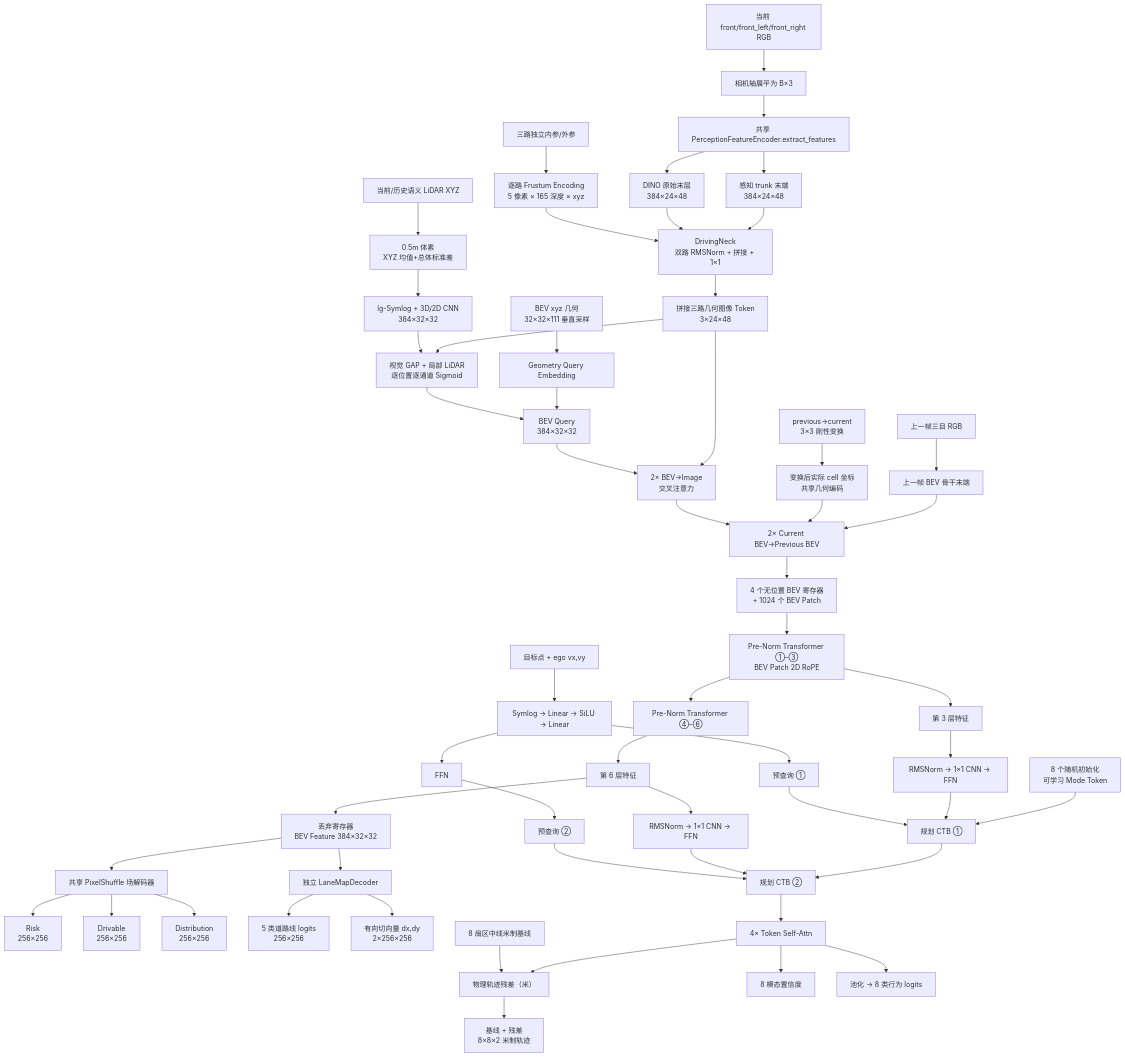
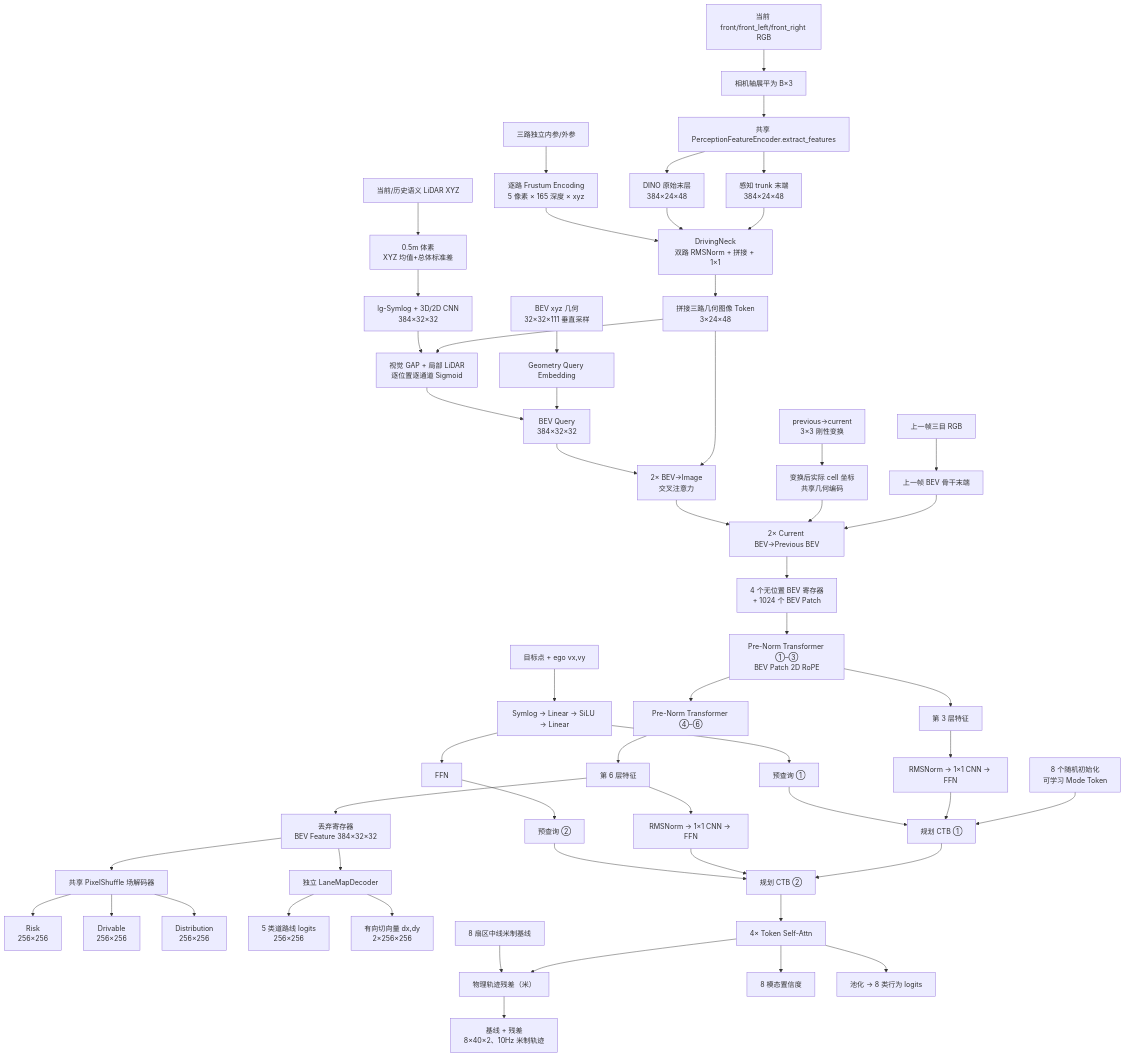
Before and after one commit to ByteDriveTeam/ByteDrive-Toy: the fourth of 9 diagrams in README.md, drawn with Mermaid. The commit also changed other lines of this file and 15 other files, not shown here.

````diff
--- a/README.md
+++ b/README.md
@@ -305,58 +305,58 @@
 ```mermaid
 flowchart TB
     RGB["当前 front/front_left/front_right RGB"] --> FLAT["相机轴展平为 B×3"]
     FLAT --> P["共享 PerceptionFeatureEncoder.extract_features"]
     P --> T["感知 trunk 末端<br/>384×24×48"]
     P --> R["DINO 原始末层<br/>384×24×48"]
 
     T --> NECK["DrivingNeck<br/>双路 RMSNorm + 拼接 + 1×1"]
     R --> NECK
     CALIB["三路独立内参/外参"] --> FR["逐路 Frustum Encoding<br/>5 像素 × 165 深度 × xyz"]
     FR --> NECK
     NECK --> IMG["拼接三路几何图像 Token<br/>3×24×48"]
 
     GRID["BEV xyz 几何<br/>32×32×111 垂直采样"] --> QUERY["Geometry Query Embedding"]
     QUERY --> BEVQ["BEV Query<br/>384×32×32"]
     LIDAR["当前/历史语义 LiDAR XYZ"] --> VOXEL["0.5m 体素<br/>XYZ 均值+总体标准差"]
     VOXEL --> LENC["lg-Symlog + 3D/2D CNN<br/>384×32×32"]
     IMG --> GATE["视觉 GAP + 局部 LiDAR<br/>逐位置逐通道 Sigmoid"]
     LENC --> GATE
     GATE --> BEVQ
     IMG --> CROSS["2× BEV→Image<br/>交叉注意力"]
     BEVQ --> CROSS
     PRGB["上一帧三目 RGB"] --> PBEV["上一帧 BEV 骨干末端"]
     TF["previous→current<br/>3×3 刚性变换"] --> PGEOM["变换后实际 cell 坐标<br/>共享几何编码"]
     PBEV --> TCROSS["2× Current BEV→Previous BEV"]
     PGEOM --> TCROSS
     CROSS --> TCROSS --> SEQ["4 个无位置 BEV 寄存器<br/>+ 1024 个 BEV Patch"]
     SEQ --> TRANS3["Pre-Norm Transformer ①–③<br/>BEV Patch 2D RoPE"]
     TRANS3 --> F3["第 3 层特征"]
     TRANS3 --> TRANS6["Pre-Norm Transformer ④–⑥"]
     TRANS6 --> F6["第 6 层特征"]
     F6 --> BEV["丢弃寄存器<br/>BEV Feature 384×32×32"]
 
     BEV --> FIELD["共享 PixelShuffle 场解码器"]
     FIELD --> RISK["Risk<br/>256×256"]
     FIELD --> DRIVE["Drivable<br/>256×256"]
     FIELD --> DIST["Distribution<br/>256×256"]
 
     BEV --> LANE["独立 LaneMapDecoder"]
     LANE --> LCLS["5 类道路线 logits<br/>256×256"]
     LANE --> LDIR["有向切向量 dx,dy<br/>2×256×256"]
 
     COND["目标点 + ego vx,vy"] --> SYM["Symlog → Linear → SiLU → Linear"]
     SYM --> Q1["预查询 ①"]
     SYM --> PPN["FFN"] --> Q2["预查询 ②"]
     MODE["8 个随机初始化<br/>可学习 Mode Token"] --> CTB1["规划 CTB ①"]
     F3 --> A1["RMSNorm → 1×1 CNN → FFN"] --> CTB1
     Q1 --> CTB1
     CTB1 --> CTB2["规划 CTB ②"]
     F6 --> A2["RMSNorm → 1×1 CNN → FFN"] --> CTB2
     Q2 --> CTB2
     CTB2 --> PTB["4× Token Self-Attn"]
     PTB --> RES["物理轨迹残差（米）"]
     BASE["8 扇区中线米制基线"] --> RES
-    RES --> TRAJ["基线 + 残差<br/>8×8×2 米制轨迹"]
+    RES --> TRAJ["基线 + 残差<br/>8×40×2、10Hz 米制轨迹"]
     PTB --> CONF["8 模态置信度"]
     PTB --> ACT["池化 → 8 类行为 logits"]
 ```
````
